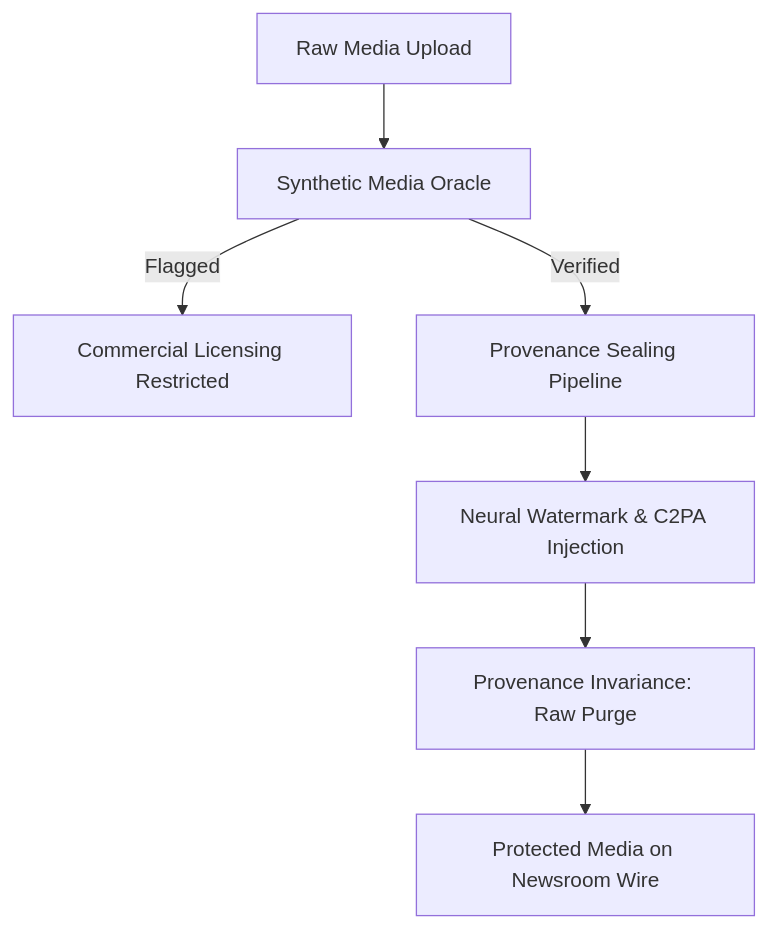
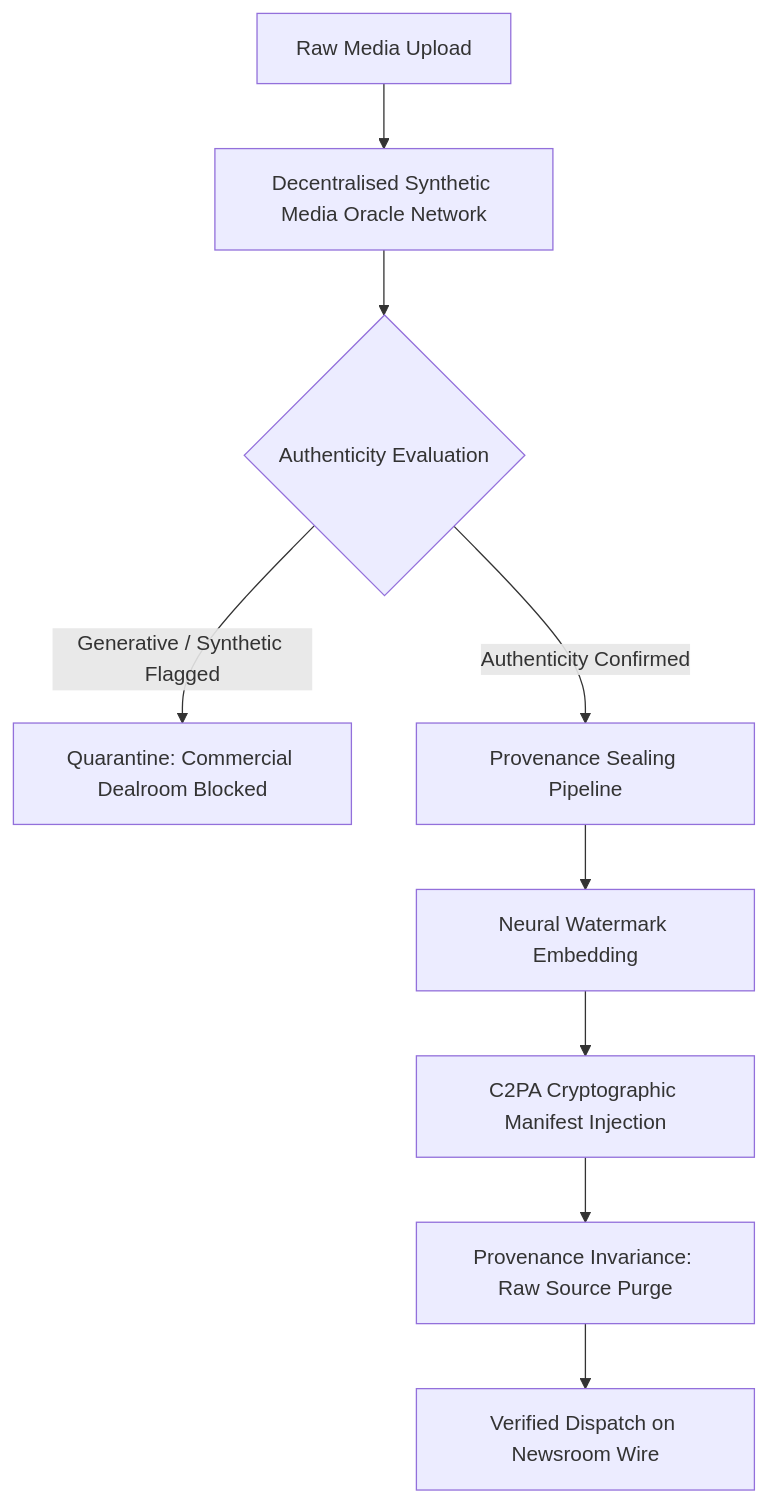
The first of 2 diagrams in concepts/silicon-trust.mdx (NewsCompass/docs), drawn with Mermaid before and after one commit. The commit also changed other lines of this file and 1 other file, not shown here.

Commit message:
docs: expand Silicon Trust architecture with detailed synthetic media and deepfake detection flow

````diff
--- a/concepts/silicon-trust.mdx
+++ b/concepts/silicon-trust.mdx
@@ -8,9 +8,11 @@
 ```mermaid
 graph TD
-    A[Raw Media Upload] --> B[Synthetic Media Oracle]
-    B -->|Flagged| C[Commercial Licensing Restricted]
-    B -->|Verified| D[Provenance Sealing Pipeline]
-    D --> E[Neural Watermark & C2PA Injection]
-    E --> F[Provenance Invariance: Raw Purge]
-    F --> G[Protected Media on Newsroom Wire]
+    A[Raw Media Upload] --> B[Decentralised Synthetic Media Oracle Network]
+    B --> C{Authenticity Evaluation}
+    C -->|Generative / Synthetic Flagged| D[Quarantine: Commercial Dealroom Blocked]
+    C -->|Authenticity Confirmed| E[Provenance Sealing Pipeline]
+    E --> F[Neural Watermark Embedding]
+    F --> G[C2PA Cryptographic Manifest Injection]
+    G --> H[Provenance Invariance: Raw Source Purge]
+    H --> I[Verified Dispatch on Newsroom Wire]
 ```
````
